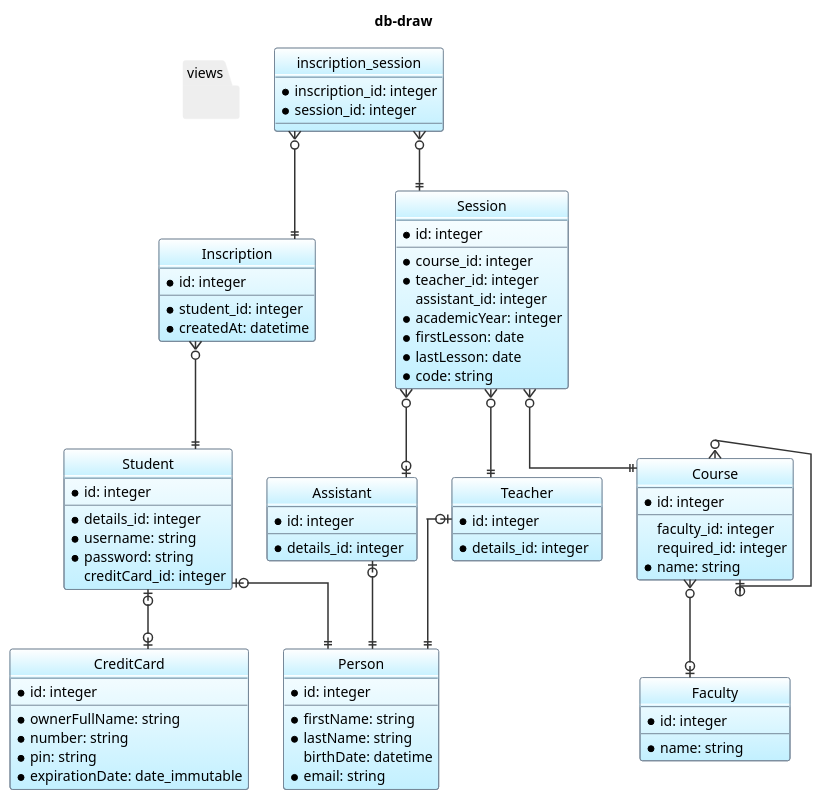
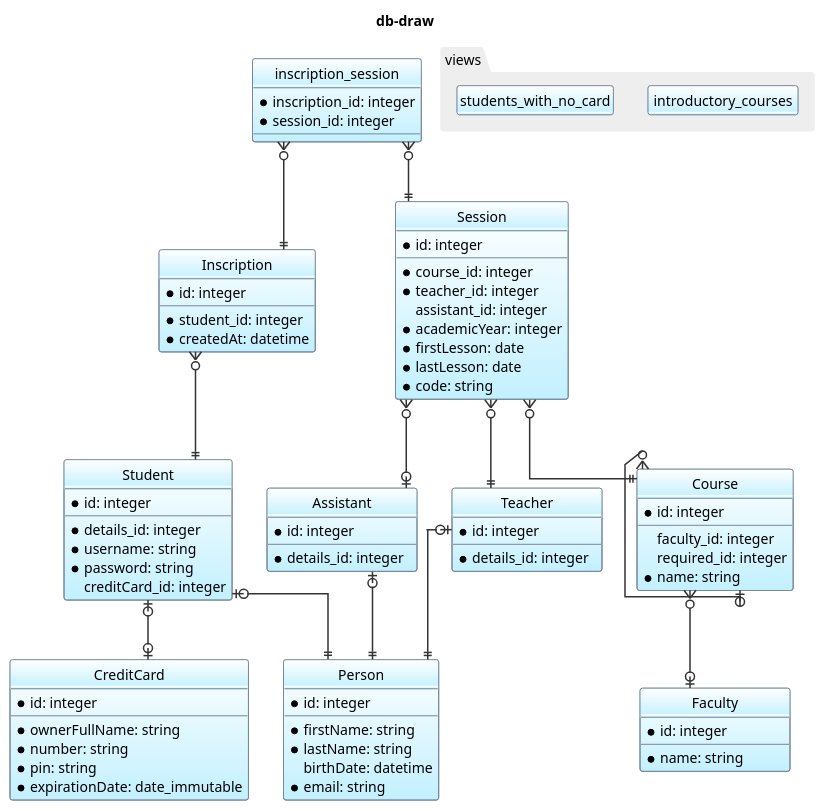
Before and after one commit to jawira/db-draw: the diagram in resources/output/maxi.puml, drawn with PlantUML. The commit also changed 17 other files, not shown here.

```diff
--- a/resources/output/maxi.puml
+++ b/resources/output/maxi.puml
@@ -1,98 +1,100 @@
 @startuml
 hide empty members
 hide circle
 skinparam ArrowColor #333
 skinparam ArrowThickness 1.5
 skinparam ClassBackgroundColor White-APPLICATION
 skinparam ClassBorderColor LightSlateGray
 skinparam ClassBorderThickness 1
 skinparam MinClassWidth 150
 skinparam LineType Ortho
 skinparam Shadowing false
 skinparam PackageBackgroundColor #eee
 skinparam PackageBorderColor #eee
 skinparam PackageFontStyle normal
 title db-draw
 entity Assistant {
 * id: integer
 --
 * details_id: integer
 }
 entity Course {
 * id: integer
 --
  faculty_id: integer
  required_id: integer
 * name: string
 }
 entity CreditCard {
 * id: integer
 --
 * ownerFullName: string
 * number: string
 * pin: string
 * expirationDate: date_immutable
 }
 entity Faculty {
 * id: integer
 --
 * name: string
 }
 entity Inscription {
 * id: integer
 --
 * student_id: integer
 * createdAt: datetime
 }
 entity Person {
 * id: integer
 --
 * firstName: string
 * lastName: string
  birthDate: datetime
 * email: string
 }
 entity Session {
 * id: integer
 --
 * course_id: integer
 * teacher_id: integer
  assistant_id: integer
 * academicYear: integer
 * firstLesson: date
 * lastLesson: date
 * code: string
 }
 entity Student {
 * id: integer
 --
 * details_id: integer
 * username: string
 * password: string
  creditCard_id: integer
 }
 entity Teacher {
 * id: integer
 --
 * details_id: integer
 }
 entity inscription_session {
 * inscription_id: integer
 * session_id: integer
 --
 }
 Assistant |o--|| Person
 Course }o--o| Faculty
 Course }o--o| Course
 Inscription }o--|| Student
 Session }o--|| Teacher
 Session }o--|| Course
 Session }o--o| Assistant
 Student |o--o| CreditCard
 Student |o--|| Person
 Teacher |o--|| Person
 inscription_session }o--|| Inscription
 inscription_session }o--|| Session
 package "views" {
+entity introductory_courses { }
+entity students_with_no_card { }
 }
 @enduml
```
